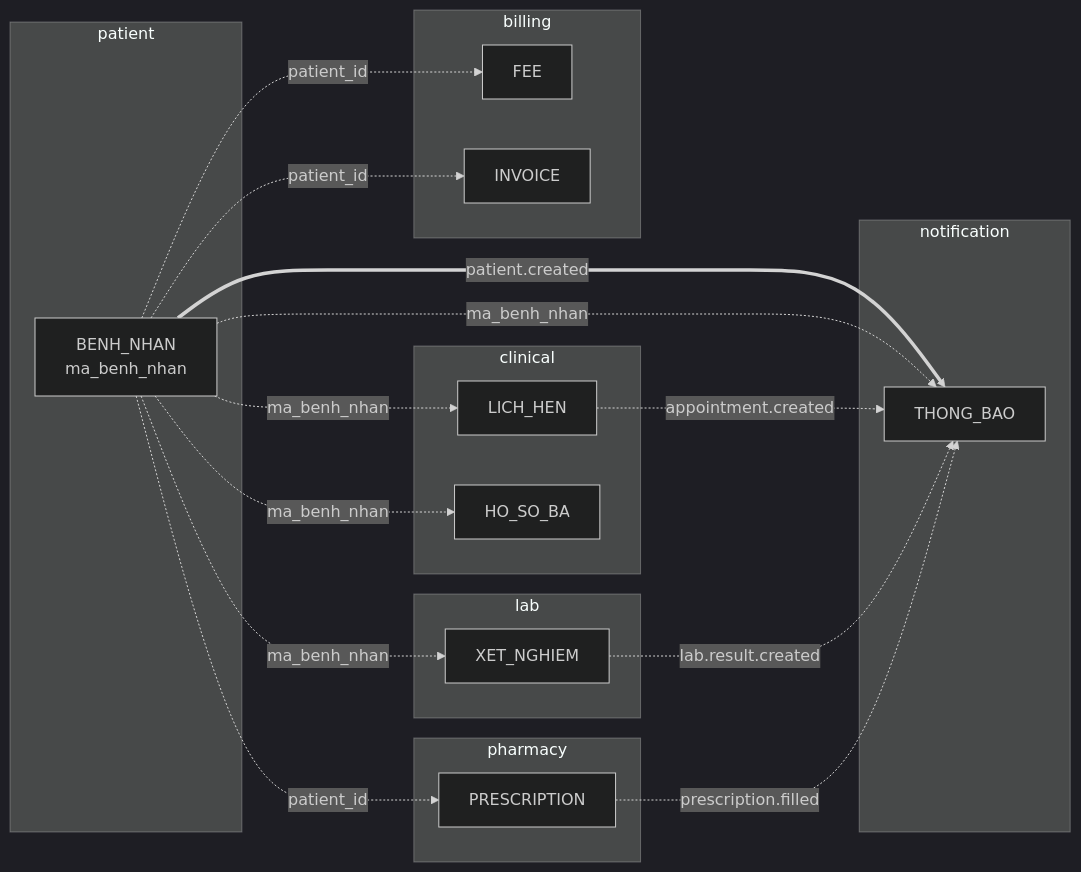
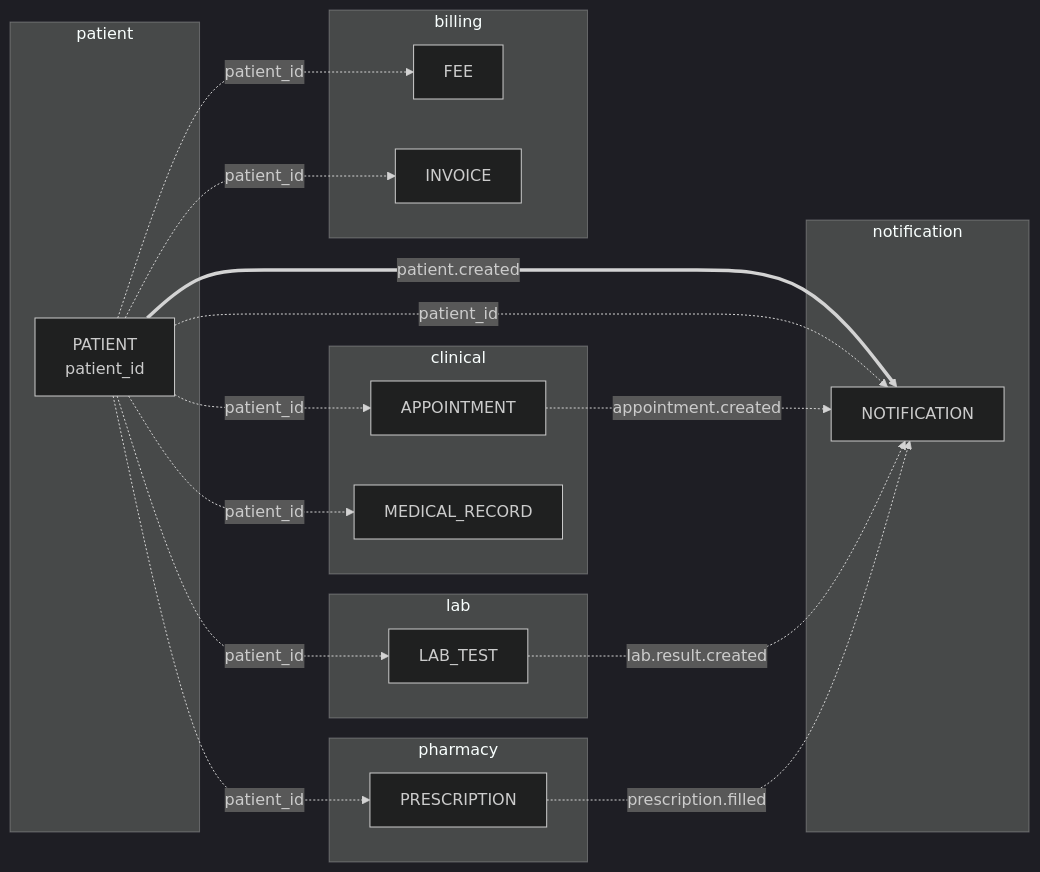
The diagram in docs/eproject_general_plan/erd/diagrams/erd-04-vong-doi-benh-nhan.mmd (Dangvinh77/MediFlow), drawn with Mermaid (dark theme) before and after one commit. The commit also changed 33 other files, not shown here.

Commit message:
docs(erd): update entity relationship diagrams

```diff
--- a/docs/eproject_general_plan/erd/diagrams/erd-04-vong-doi-benh-nhan.mmd
+++ b/docs/eproject_general_plan/erd/diagrams/erd-04-vong-doi-benh-nhan.mmd
@@ -1,32 +1,32 @@
 flowchart LR
     subgraph PAT["patient"]
-        BN["BENH_NHAN<br/>ma_benh_nhan"]
+        PATIENT["PATIENT<br/>patient_id"]
     end
     subgraph CLI["clinical"]
-        LH["LICH_HEN"]
-        HS["HO_SO_BA"]
+        APPT["APPOINTMENT"]
+        MRECORD["MEDICAL_RECORD"]
     end
     subgraph LAB["lab"]
-        XN["XET_NGHIEM"]
+        LTEST["LAB_TEST"]
     end
     subgraph PHA["pharmacy"]
-        PR["PRESCRIPTION"]
+        RX["PRESCRIPTION"]
     end
     subgraph BIL["billing"]
         FEE["FEE"]
         INV["INVOICE"]
     end
     subgraph NOT["notification"]
-        TB["THONG_BAO"]
+        NOTIF["NOTIFICATION"]
     end
-    BN ==>|patient.created| TB
-    BN -.->|ma_benh_nhan| LH
-    BN -.->|ma_benh_nhan| HS
-    BN -.->|ma_benh_nhan| XN
-    BN -.->|patient_id| PR
-    BN -.->|patient_id| FEE
-    BN -.->|patient_id| INV
-    BN -.->|ma_benh_nhan| TB
-    LH -.->|appointment.created| TB
-    XN -.->|lab.result.created| TB
-    PR -.->|prescription.filled| TB
+    PATIENT ==>|patient.created| NOTIF
+    PATIENT -.->|patient_id| APPT
+    PATIENT -.->|patient_id| MRECORD
+    PATIENT -.->|patient_id| LTEST
+    PATIENT -.->|patient_id| RX
+    PATIENT -.->|patient_id| FEE
+    PATIENT -.->|patient_id| INV
+    PATIENT -.->|patient_id| NOTIF
+    APPT -.->|appointment.created| NOTIF
+    LTEST -.->|lab.result.created| NOTIF
+    RX -.->|prescription.filled| NOTIF
```
